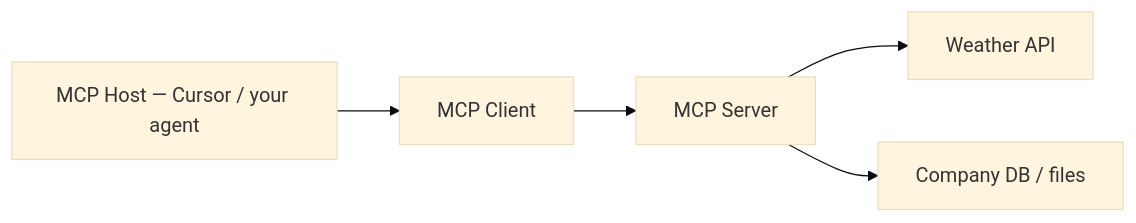
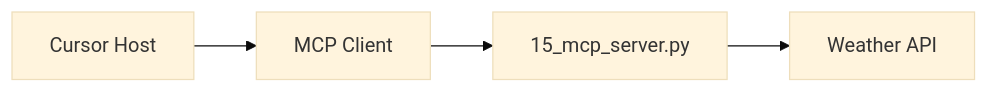
Before and after one commit to lyfofvipin/temp: the third of 3 diagrams in AI/15_mcp.md, drawn with Mermaid (base theme). The commit also changed other lines of this file and 20 other files, not shown here.

````diff
--- a/AI/15_mcp.md
+++ b/AI/15_mcp.md
@@ -66,7 +193,6 @@
 ```mermaid
 flowchart LR
-    H[MCP Host — Cursor / your agent] --> C[MCP Client]
-    C --> S[MCP Server]
+    H[Cursor Host] --> C[MCP Client]
+    C --> S[15_mcp_server.py]
     S --> W[Weather API]
-    S --> D[Company DB / files]
 ```
````
